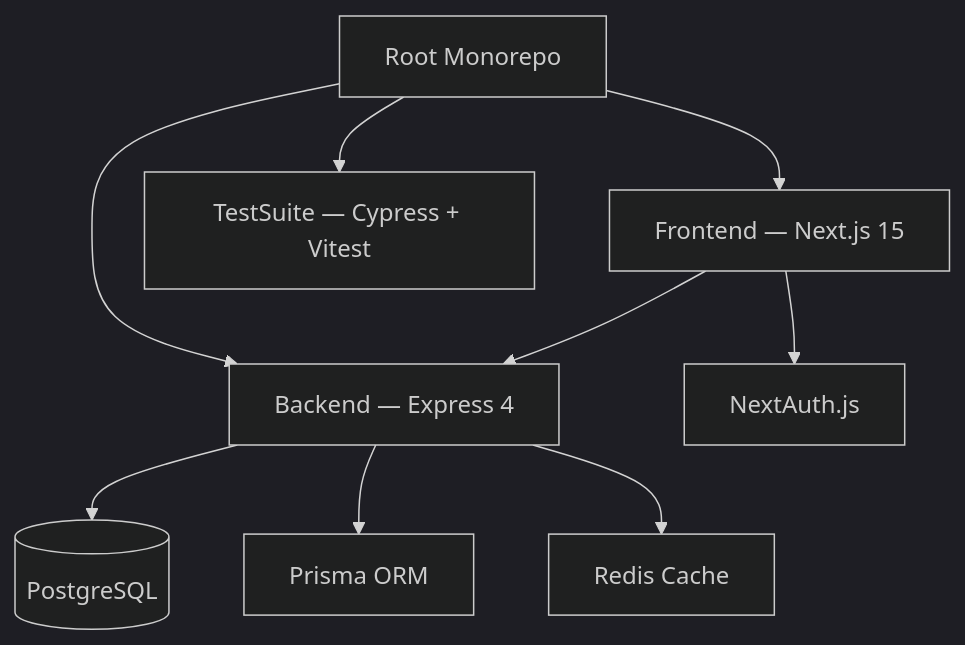
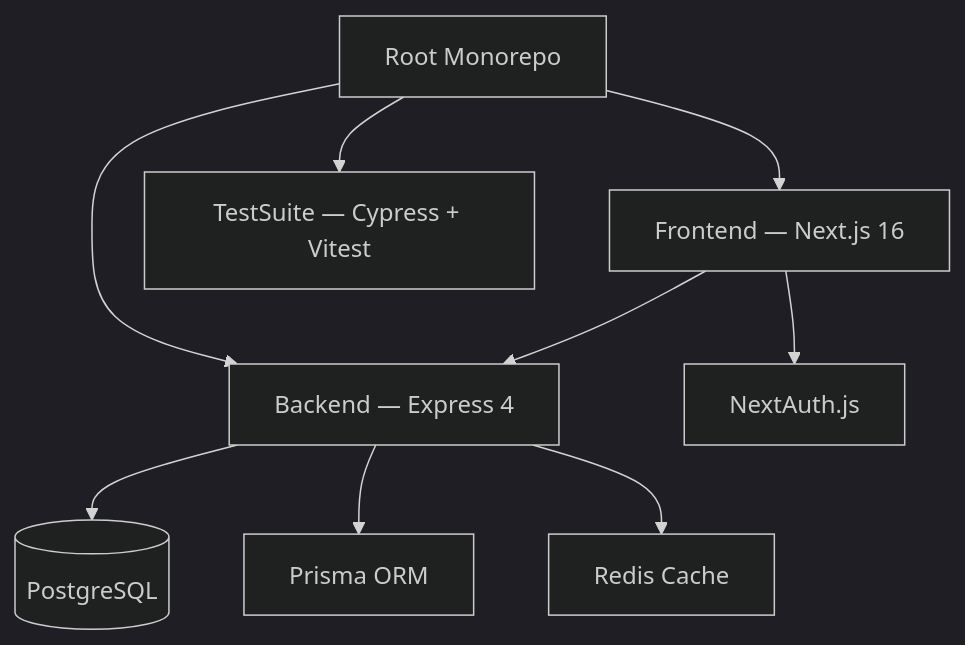
The diagram in README.md (Adrian463588/TechnoLoyaltyProgram), drawn with Mermaid (dark theme) before and after one commit. The commit also changed other lines of this file and 156 other files, not shown here.

Commit message:
feat(security-core): enforce devsecops compliance, tier hardening, and architecture alignment

````diff
--- a/README.md
+++ b/README.md
@@ -68,11 +68,11 @@
 ```mermaid
 graph TD
-    A[Root Monorepo] --> B[Frontend — Next.js 15]
+    A[Root Monorepo] --> B[Frontend — Next.js 16]
     A --> C[Backend — Express 4]
     A --> D[TestSuite — Cypress + Vitest]
     C --> E[(PostgreSQL)]
     C --> F[Prisma ORM]
     C --> G[Redis Cache]
     B --> H[NextAuth.js]
     B --> C
 ```
````
